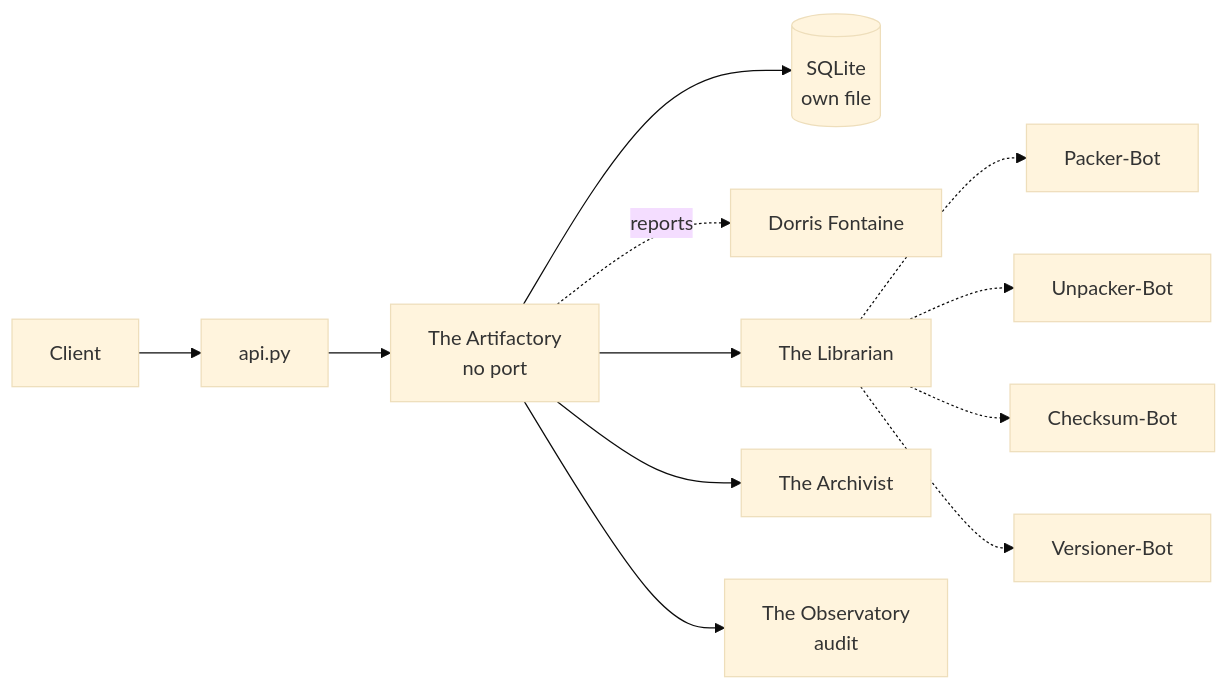
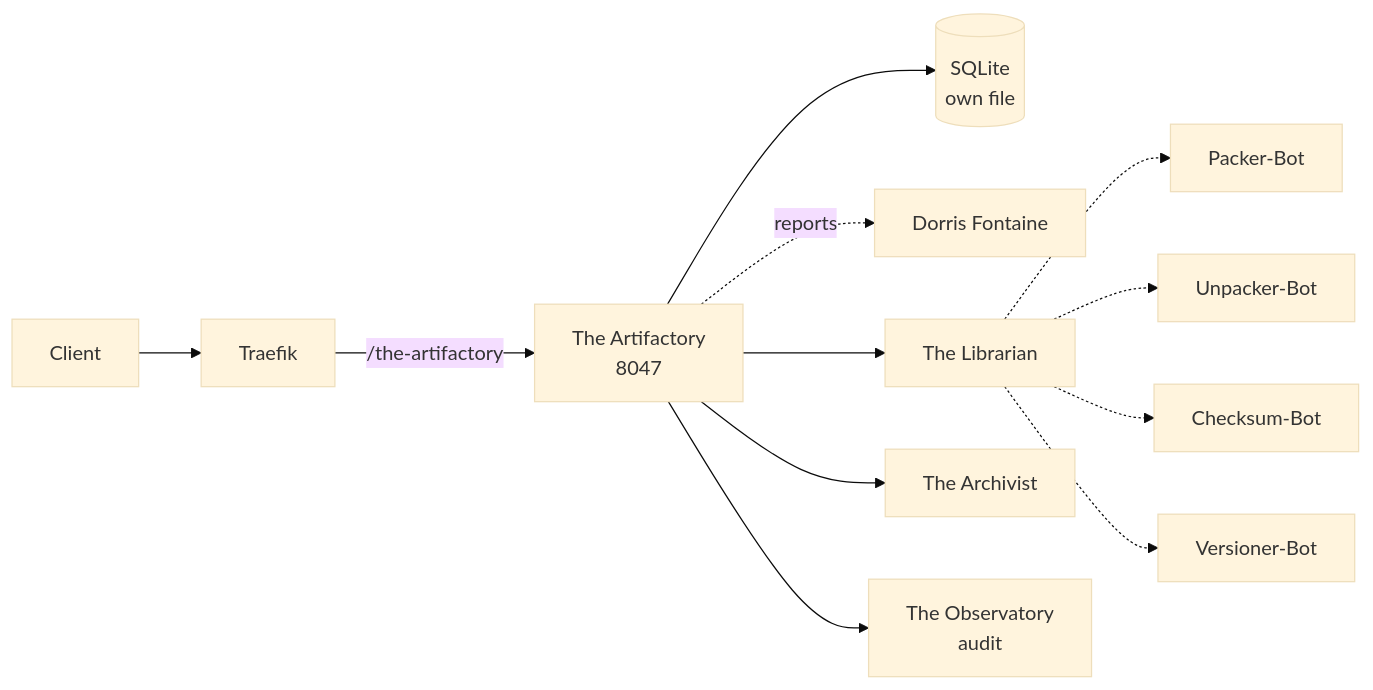
One commit to Trancendos/Tranc3 changed the diagram in docs/solution-packs/the-artifactory.md. Above: the diagram before and after it, drawn with Mermaid (base theme). The commit also changed other lines of this file and 51 other files, not shown here.

````diff
--- a/docs/solution-packs/the-artifactory.md
+++ b/docs/solution-packs/the-artifactory.md
@@ -65,14 +72,14 @@
 ```mermaid
 flowchart LR
-    C[Client] --> A[api.py]
-    A --> S[The Artifactory<br/>no port]
+    C[Client] --> T[Traefik]
+    T -->|/the-artifactory| S[The Artifactory<br/>8047]
     S --> DB[(SQLite<br/>own file)]
     S -.reports.-> P[Dorris Fontaine]
     S --> AA[The Librarian]
     S --> AB[The Archivist]
     AA -.-> PackerBot[Packer-Bot]
     AA -.-> UnpackerBot[Unpacker-Bot]
     AA -.-> ChecksumBot[Checksum-Bot]
     AA -.-> VersionerBot[Versioner-Bot]
     S --> OBS[The Observatory<br/>audit]
 ```
````
